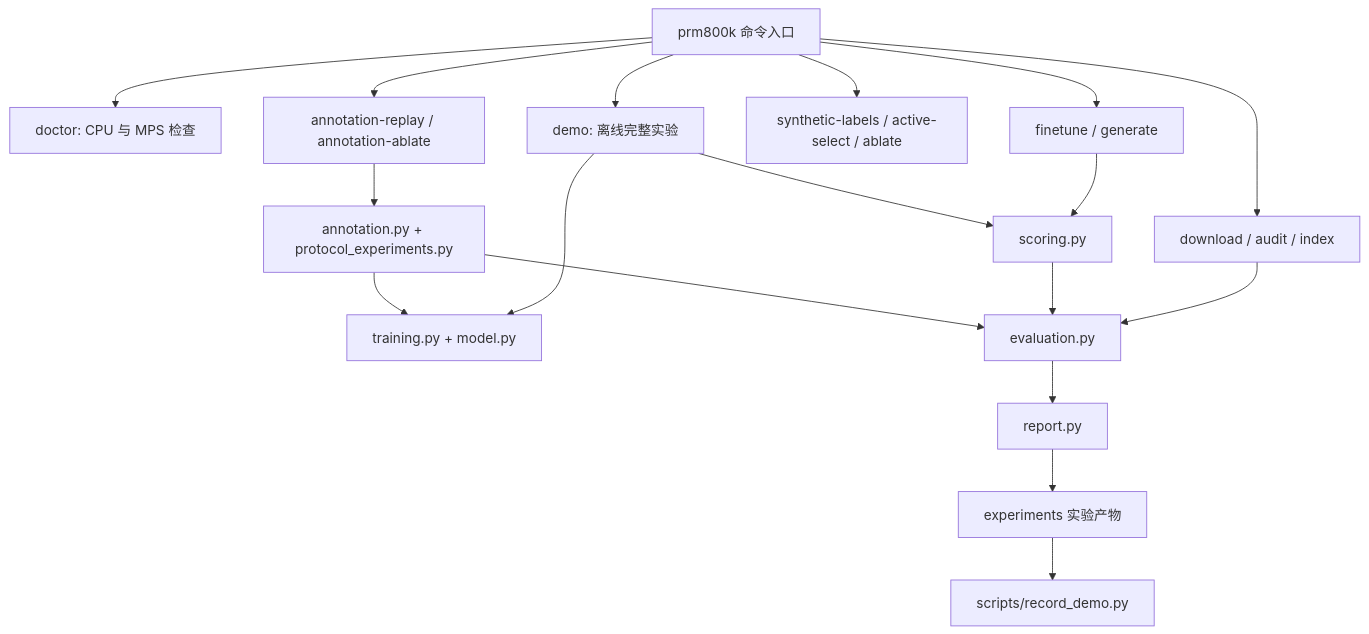
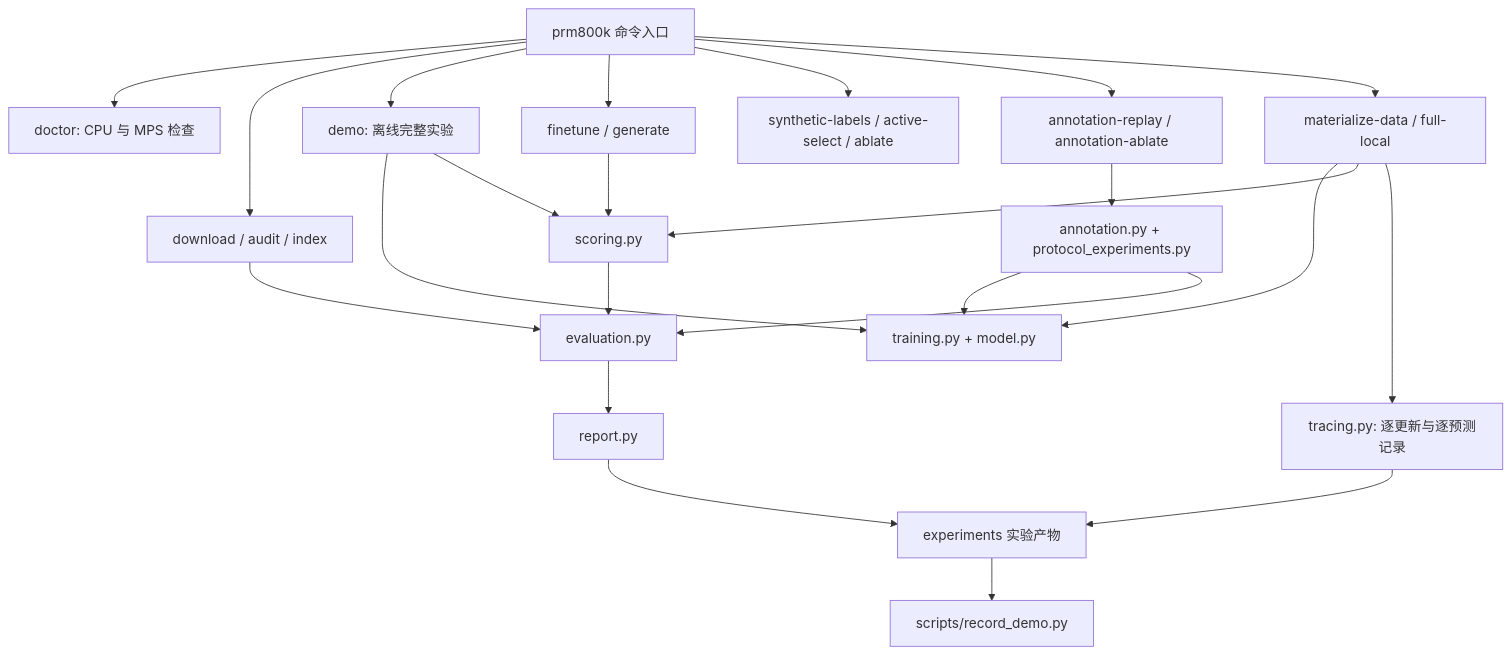
Before and after one commit to InfronAI/Stepwise-Lab: the second of 3 diagrams in README.zh-CN.md, drawn with Mermaid. The commit also changed other lines of this file and 230 other files, not shown here.

Commit message:
Preserve full local data and every training and inference intermediate

````diff
--- a/README.zh-CN.md
+++ b/README.zh-CN.md
@@ -92,20 +92,25 @@
 ```mermaid
 flowchart TD
     CLI[prm800k 命令入口] --> Doctor[doctor: CPU 与 MPS 检查]
     CLI --> Data[download / audit / index]
     CLI --> Demo[demo: 离线完整实验]
     CLI --> Gen[finetune / generate]
     CLI --> Ablate[synthetic-labels / active-select / ablate]
     CLI --> Annotation[annotation-replay / annotation-ablate]
+    CLI --> Full[materialize-data / full-local]
+    Full --> Train
+    Full --> Score
+    Full --> Trace[tracing.py: 逐更新与逐预测记录]
+    Trace --> Files
     Annotation --> Protocol[annotation.py + protocol_experiments.py]
     Protocol --> Train
     Protocol --> Eval
     Demo --> Train[training.py + model.py]
     Demo --> Score[scoring.py]
     Gen --> Score
     Score --> Eval[evaluation.py]
     Data --> Eval
     Eval --> Report[report.py]
     Report --> Files[experiments 实验产物]
     Files --> Video[scripts/record_demo.py]
 ```
````
